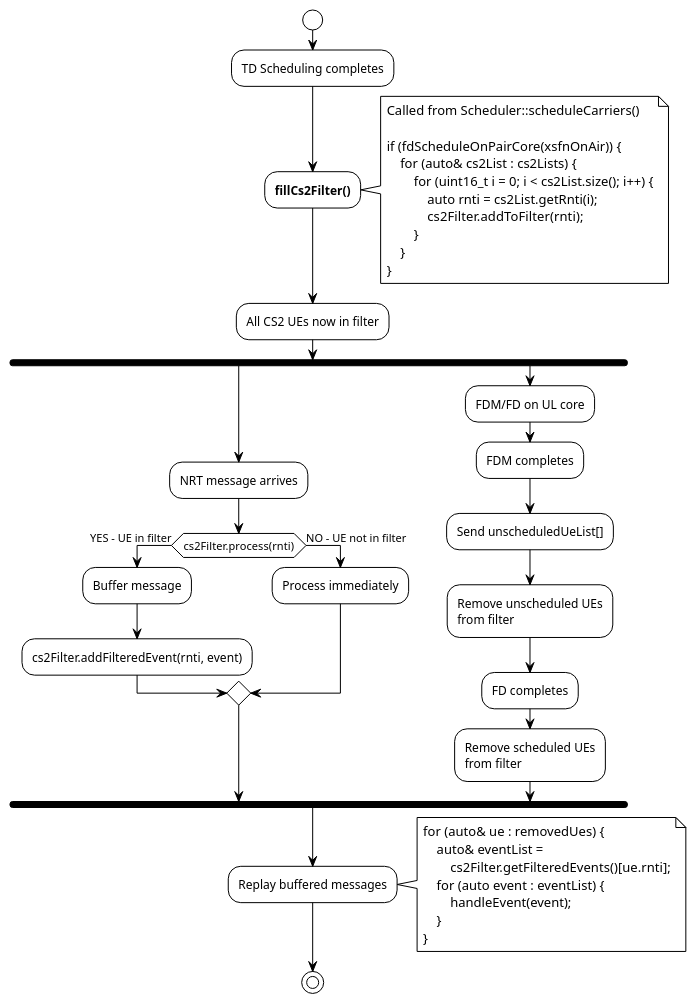
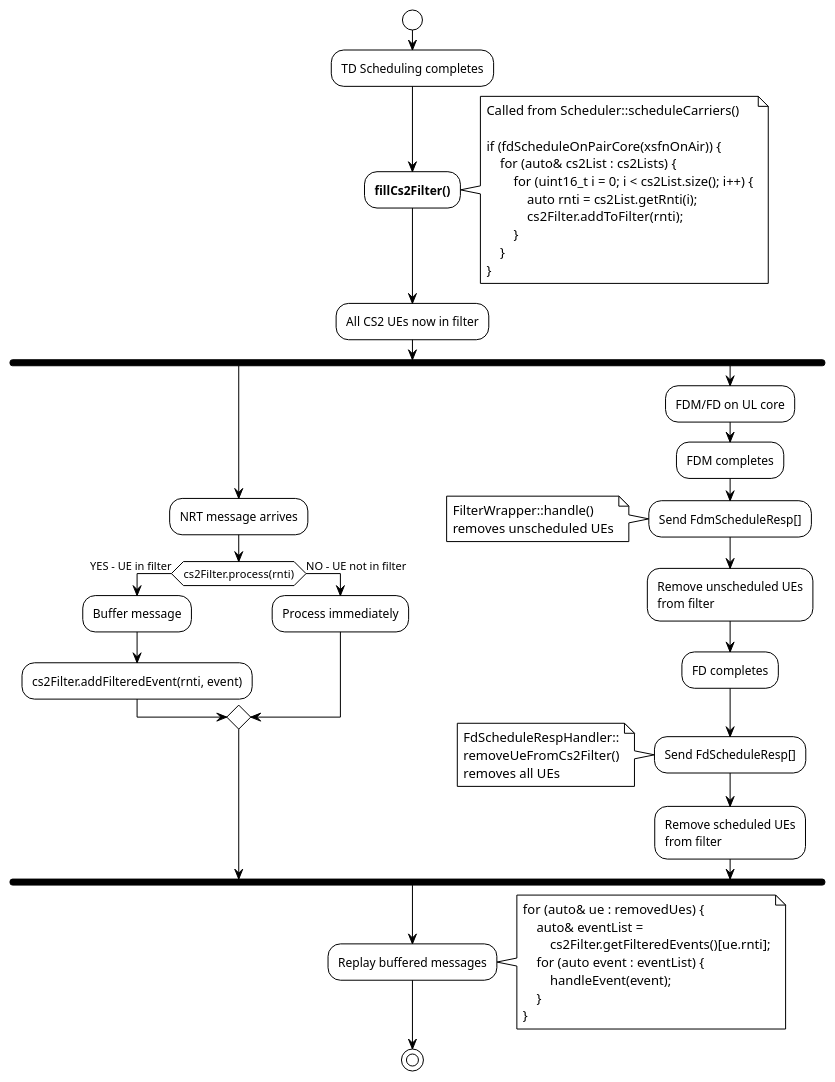
Before and after one commit to wanghaven/note: the fifth of 20 diagrams in work/nokia/project/Parallel Scheduling/Poc/PARALLEL_SCHEDULING_DESIGN.md, drawn with PlantUML. The commit also changed other lines of this file and 3 other files, not shown here.

````diff
--- a/work/nokia/project/Parallel Scheduling/Poc/PARALLEL_SCHEDULING_DESIGN.md
+++ b/work/nokia/project/Parallel Scheduling/Poc/PARALLEL_SCHEDULING_DESIGN.md
@@ -551,62 +657,73 @@
 ```plantuml
 @startuml
 !theme plain
 
 start
 
 :TD Scheduling completes;
 
 :**fillCs2Filter()**;
 note right
     Called from Scheduler::scheduleCarriers()
     
     if (fdScheduleOnPairCore(xsfnOnAir)) {
         for (auto& cs2List : cs2Lists) {
             for (uint16_t i = 0; i < cs2List.size(); i++) {
                 auto rnti = cs2List.getRnti(i);
                 cs2Filter.addToFilter(rnti);
             }
         }
     }
 end note
 
 :All CS2 UEs now in filter;
 
 fork
     :NRT message arrives;
     
     if (cs2Filter.process(rnti)) then (YES - UE in filter)
         :Buffer message;
         :cs2Filter.addFilteredEvent(rnti, event);
     else (NO - UE not in filter)
         :Process immediately;
     endif
     
 fork again
     :FDM/FD on UL core;
     
     :FDM completes;
-    :Send unscheduledUeList[];
+    :Send FdmScheduleResp[];
+    note left
+        FilterWrapper::handle()
+        removes unscheduled UEs
+    end note
     
     :Remove unscheduled UEs\nfrom filter;
     
     :FD completes;
+    :Send FdScheduleResp[];
+    note left
+        FdScheduleRespHandler::
+        removeUeFromCs2Filter()
+        removes all UEs
+    end note
+    
     :Remove scheduled UEs\nfrom filter;
     
 end fork
 
 :Replay buffered messages;
 note right
     for (auto& ue : removedUes) {
         auto& eventList = 
             cs2Filter.getFilteredEvents()[ue.rnti];
         for (auto event : eventList) {
             handleEvent(event);
         }
     }
 end note
 
 stop
 
 @enduml
 ```
````
